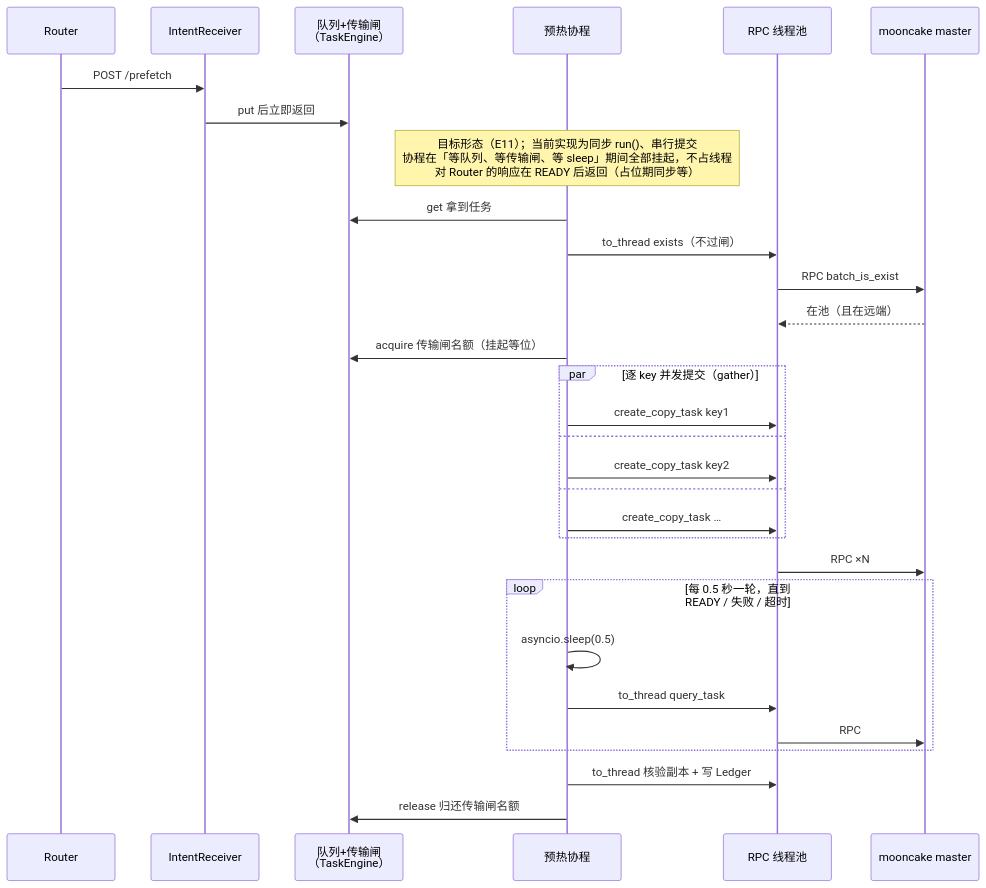
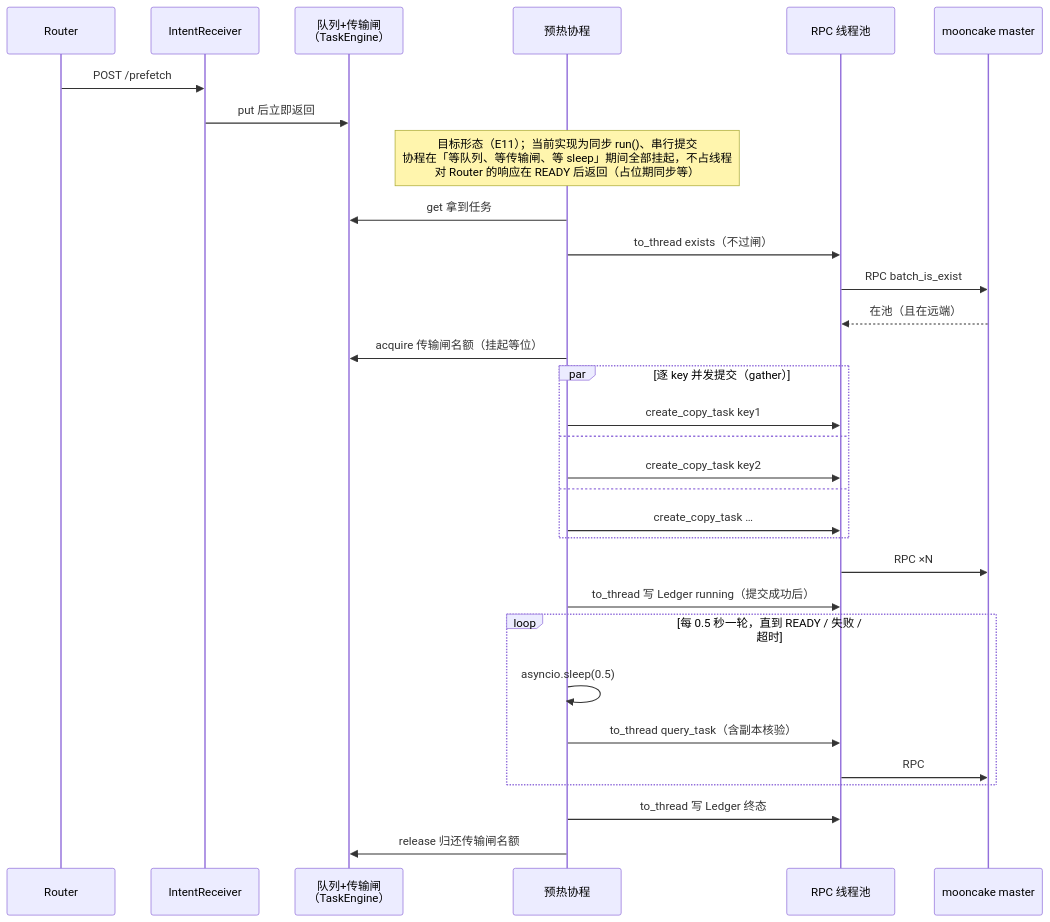
The seventh of 7 diagrams in kvcm/design/code-architecture.md (5x8-40/lake), drawn with Mermaid before and after one commit. The commit also changed other lines of this file and 1 other file, not shown here.

First line of the commit message:
docs(kvcm): grok R2 修——L3 失败出口同步、时序图记账位置、promote 空凭据陷阱、毫秒即返矛盾

````diff
--- a/kvcm/design/code-architecture.md
+++ b/kvcm/design/code-architecture.md
@@ -439,33 +439,34 @@
 ```mermaid
 sequenceDiagram
     participant R as Router
     participant Recv as IntentReceiver
     participant Q as 队列+传输闸<br/>（TaskEngine）
     participant W as 预热协程
     participant Ex as RPC 线程池
     participant M as mooncake master
 
     R->>Recv: POST /prefetch
     Recv->>Q: put 后立即返回
     Note over W: 目标形态（E11）；当前实现为同步 run()、串行提交<br/>协程在「等队列、等传输闸、等 sleep」期间全部挂起，不占线程<br/>对 Router 的响应在 READY 后返回（占位期同步等）
     W->>Q: get 拿到任务
     W->>Ex: to_thread exists（不过闸）
     Ex->>M: RPC batch_is_exist
     M-->>Ex: 在池（且在远端）
     W->>Q: acquire 传输闸名额（挂起等位）
     par 逐 key 并发提交（gather）
         W->>Ex: create_copy_task key1
     and
         W->>Ex: create_copy_task key2
     and
         W->>Ex: create_copy_task …
     end
     Ex->>M: RPC ×N
+    W->>Ex: to_thread 写 Ledger running（提交成功后）
     loop 每 0.5 秒一轮，直到 READY / 失败 / 超时
         W->>W: asyncio.sleep(0.5)
-        W->>Ex: to_thread query_task
+        W->>Ex: to_thread query_task（含副本核验）
         Ex->>M: RPC
     end
-    W->>Ex: to_thread 核验副本 + 写 Ledger
+    W->>Ex: to_thread 写 Ledger 终态
     W->>Q: release 归还传输闸名额
 ```
````
